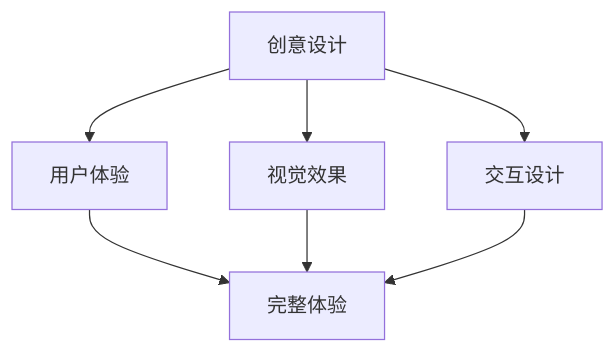
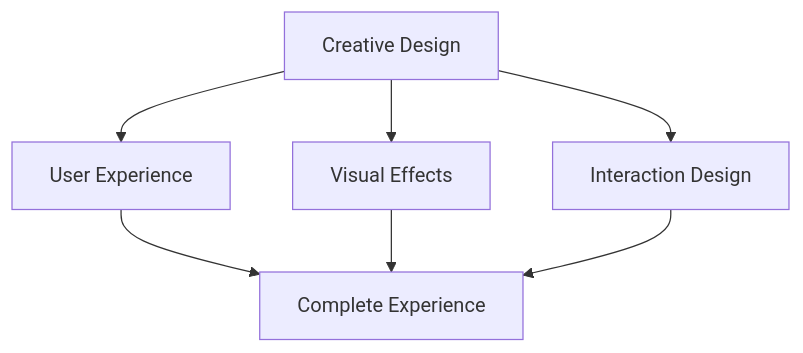
The diagram in versioned_docs/version-2024-winter/advanced/cases/stella-project.mdx (ChanMeng666/ai-programming-teaching-project), drawn with Mermaid before and after one commit. The commit also changed other lines of this file and 472 other files, not shown here.

````diff
--- a/versioned_docs/version-2024-winter/advanced/cases/stella-project.mdx
+++ b/versioned_docs/version-2024-winter/advanced/cases/stella-project.mdx
@@ -64,9 +61,9 @@
 ```mermaid
 graph TD
-    A[创意设计] --> B[用户体验]
-    A --> C[视觉效果]
-    A --> D[交互设计]
-    B --> E[完整体验]
+    A[Creative Design] --> B[User Experience]
+    A --> C[Visual Effects]
+    A --> D[Interaction Design]
+    B --> E[Complete Experience]
     C --> E
     D --> E
 ```
````
